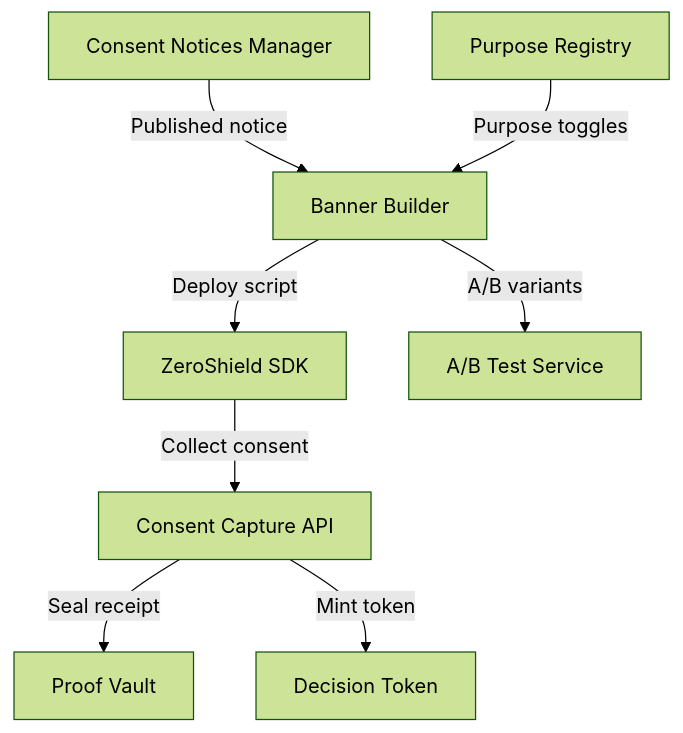
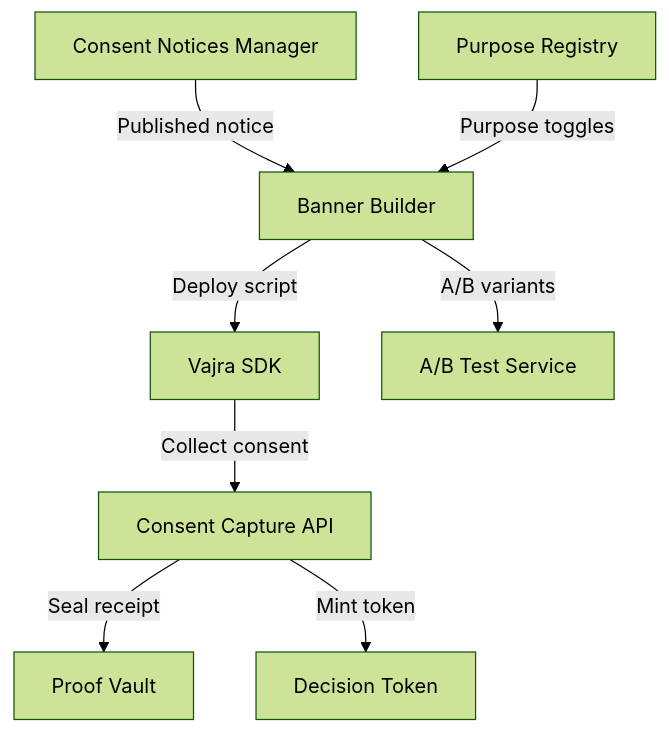
Before and after one commit to shreyv7/hack: the first of 3 diagrams in backend/platform_docs/Consent Management/create_consent.md, drawn with Mermaid (forest theme). The commit also changed other lines of this file and 345 other files, not shown here.

````diff
--- a/backend/platform_docs/Consent Management/create_consent.md
+++ b/backend/platform_docs/Consent Management/create_consent.md
@@ -25,10 +25,10 @@
 ```mermaid
 graph TD
     CN[Consent Notices Manager] -->|Published notice| CB[Banner Builder]
     PR[Purpose Registry] -->|Purpose toggles| CB
-    CB -->|Deploy script| SDK[ZeroShield SDK]
+    CB -->|Deploy script| SDK[Vajra SDK]
     SDK -->|Collect consent| API[Consent Capture API]
     API -->|Seal receipt| PV[Proof Vault]
     API -->|Mint token| DT[Decision Token]
     CB -->|A/B variants| AB[A/B Test Service]
 ```
````
